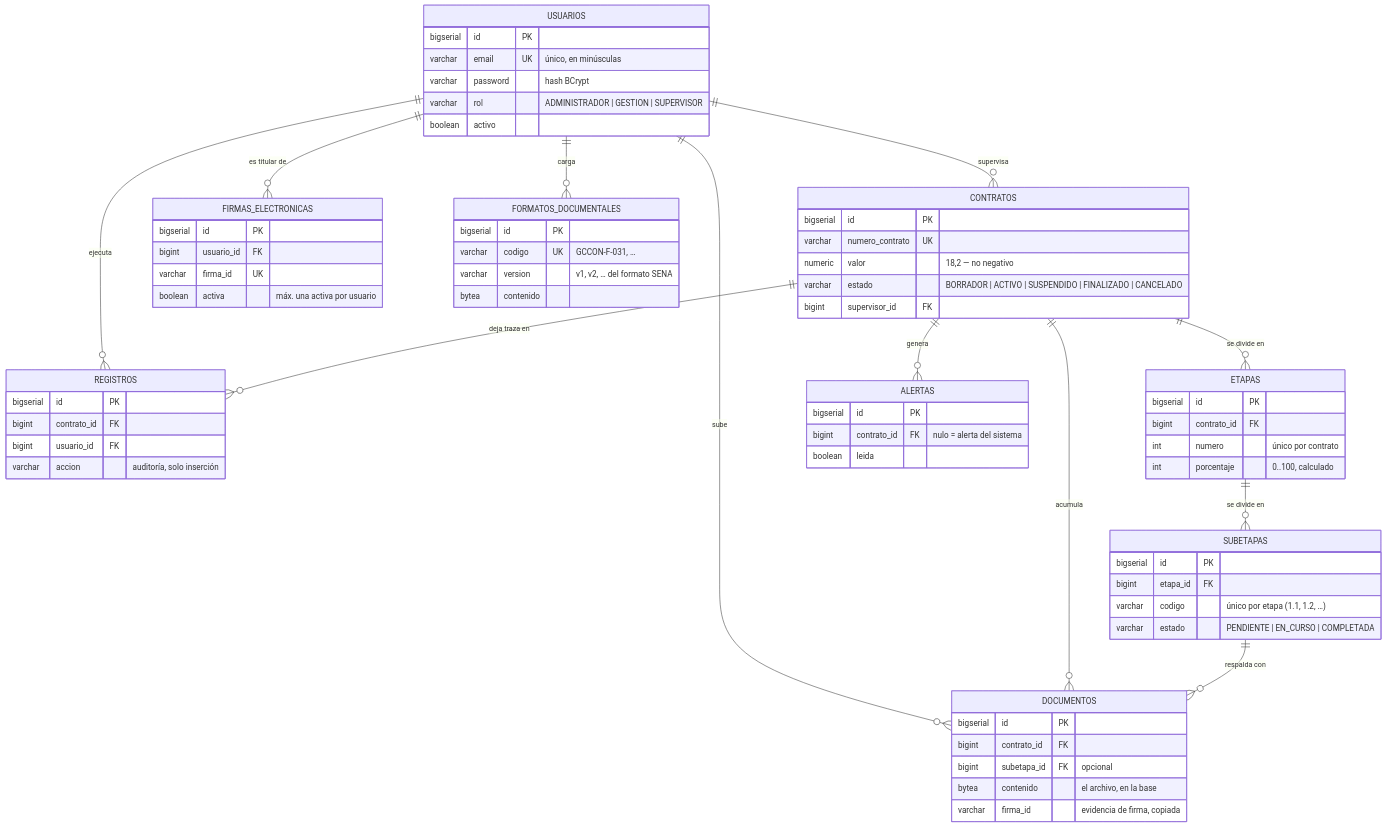
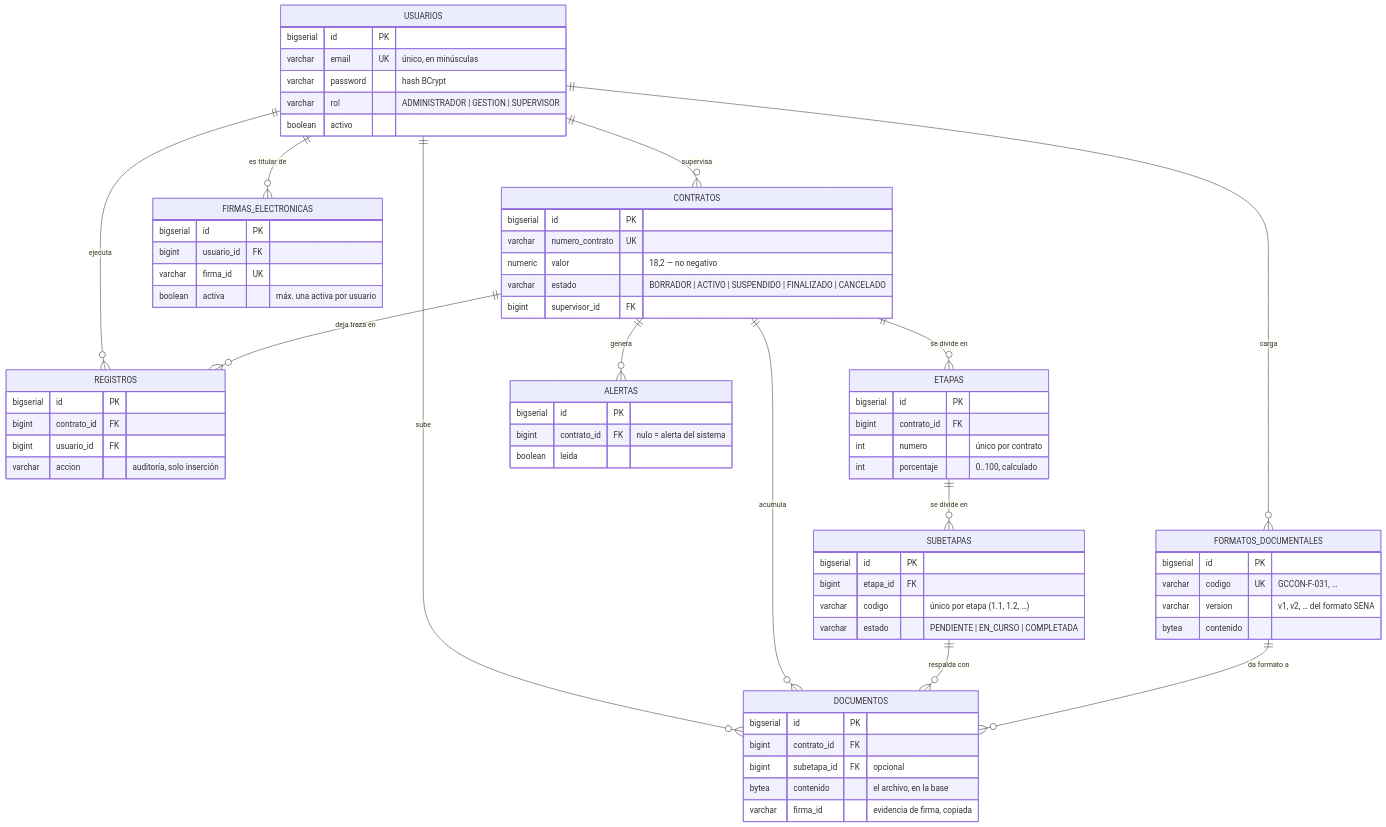
Before and after one commit to JuanArangoPuentes/SICOT: the diagram in docs/operacion/MODELO_DE_DATOS.md, drawn with Mermaid. The commit also changed other lines of this file, not shown here.

````diff
--- a/docs/operacion/MODELO_DE_DATOS.md
+++ b/docs/operacion/MODELO_DE_DATOS.md
@@ -26,73 +26,74 @@
 ```mermaid
 erDiagram
     USUARIOS ||--o{ CONTRATOS : "supervisa"
     USUARIOS ||--o{ FIRMAS_ELECTRONICAS : "es titular de"
     USUARIOS ||--o{ DOCUMENTOS : "sube"
     USUARIOS ||--o{ FORMATOS_DOCUMENTALES : "carga"
     USUARIOS ||--o{ REGISTROS : "ejecuta"
 
     CONTRATOS ||--o{ ETAPAS : "se divide en"
     CONTRATOS ||--o{ DOCUMENTOS : "acumula"
     CONTRATOS ||--o{ ALERTAS : "genera"
     CONTRATOS ||--o{ REGISTROS : "deja traza en"
 
     ETAPAS ||--o{ SUBETAPAS : "se divide en"
     SUBETAPAS ||--o{ DOCUMENTOS : "respalda con"
+    FORMATOS_DOCUMENTALES ||--o{ DOCUMENTOS : "da formato a"
 
     USUARIOS {
         bigserial id PK
         varchar email UK "único, en minúsculas"
         varchar password "hash BCrypt"
         varchar rol "ADMINISTRADOR | GESTION | SUPERVISOR"
         boolean activo
     }
     CONTRATOS {
         bigserial id PK
         varchar numero_contrato UK
         numeric valor "18,2 — no negativo"
         varchar estado "BORRADOR | ACTIVO | SUSPENDIDO | FINALIZADO | CANCELADO"
         bigint supervisor_id FK
     }
     ETAPAS {
         bigserial id PK
         bigint contrato_id FK
         int numero "único por contrato"
         int porcentaje "0..100, calculado"
     }
     SUBETAPAS {
         bigserial id PK
         bigint etapa_id FK
         varchar codigo "único por etapa (1.1, 1.2, …)"
         varchar estado "PENDIENTE | EN_CURSO | COMPLETADA"
     }
     DOCUMENTOS {
         bigserial id PK
         bigint contrato_id FK
         bigint subetapa_id FK "opcional"
         bytea contenido "el archivo, en la base"
         varchar firma_id "evidencia de firma, copiada"
     }
     FIRMAS_ELECTRONICAS {
         bigserial id PK
         bigint usuario_id FK
         varchar firma_id UK
         boolean activa "máx. una activa por usuario"
     }
     FORMATOS_DOCUMENTALES {
         bigserial id PK
         varchar codigo UK "GCCON-F-031, …"
         varchar version "v1, v2, … del formato SENA"
         bytea contenido
     }
     ALERTAS {
         bigserial id PK
         bigint contrato_id FK "nulo = alerta del sistema"
         boolean leida
     }
     REGISTROS {
         bigserial id PK
         bigint contrato_id FK
         bigint usuario_id FK
         varchar accion "auditoría, solo inserción"
     }
 ```
````
